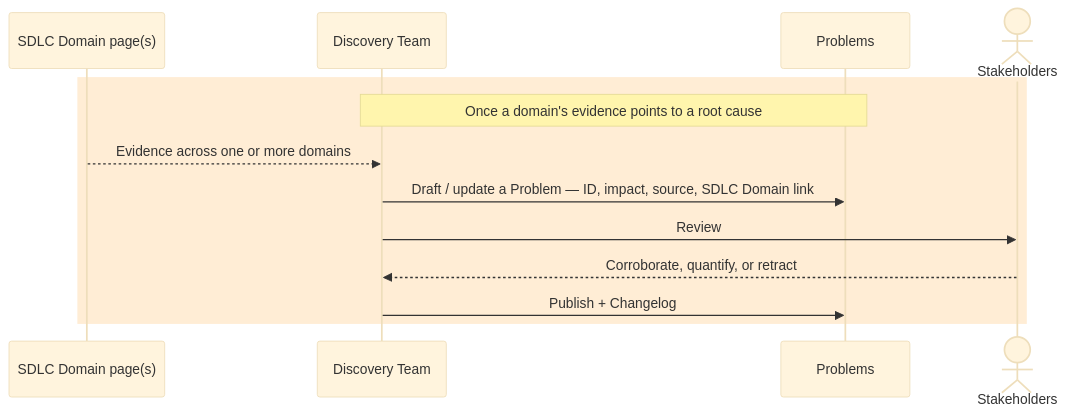
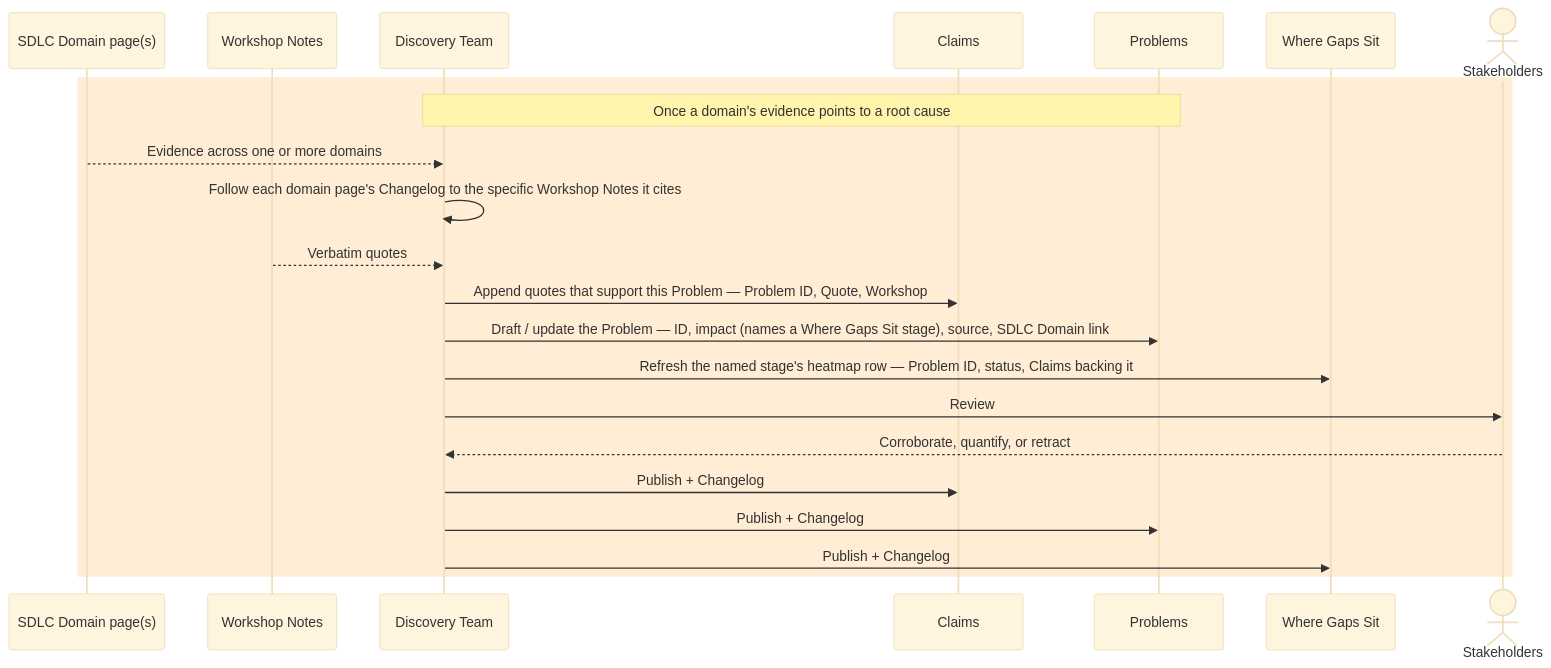
One commit to DataArt/adlc-discovery-tool changed the diagram in docs/AI SDLC/01 Process/07 Workflows/03 Investigate/03 Problem - Diagnose.md. Above: the diagram before and after it, drawn with Mermaid (base theme). The commit also changed other lines of this file and 17 other files, not shown here.

First line of the commit message:
feat(problem-space): add Claims ledger, derive Where Gaps Sit from Problems

````diff
--- a/docs/AI SDLC/01 Process/07 Workflows/03 Investigate/03 Problem - Diagnose.md
+++ b/docs/AI SDLC/01 Process/07 Workflows/03 Investigate/03 Problem - Diagnose.md
@@ -5,16 +5,25 @@
 ```mermaid
 sequenceDiagram
     participant SDLC as SDLC Domain page(s)
+    participant Notes as Workshop Notes
     participant Lead as Discovery Team
+    participant Claims as Claims
     participant PR as Problems
+    participant WGS as Where Gaps Sit
     actor Stake as Stakeholders
 
     rect rgb(255, 237, 213)
     Note over Lead,PR: Once a domain's evidence points to a root cause
     SDLC-->>Lead: Evidence across one or more domains
-    Lead->>PR: Draft / update a Problem — ID, impact, source, SDLC Domain link
+    Lead->>Lead: Follow each domain page's Changelog to the specific Workshop Notes it cites
+    Notes-->>Lead: Verbatim quotes
+    Lead->>Claims: Append quotes that support this Problem — Problem ID, Quote, Workshop
+    Lead->>PR: Draft / update the Problem — ID, impact (names a Where Gaps Sit stage), source, SDLC Domain link
+    Lead->>WGS: Refresh the named stage's heatmap row — Problem ID, status, Claims backing it
     Lead->>Stake: Review
     Stake-->>Lead: Corroborate, quantify, or retract
+    Lead->>Claims: Publish + Changelog
     Lead->>PR: Publish + Changelog
+    Lead->>WGS: Publish + Changelog
     end
 ```
````
